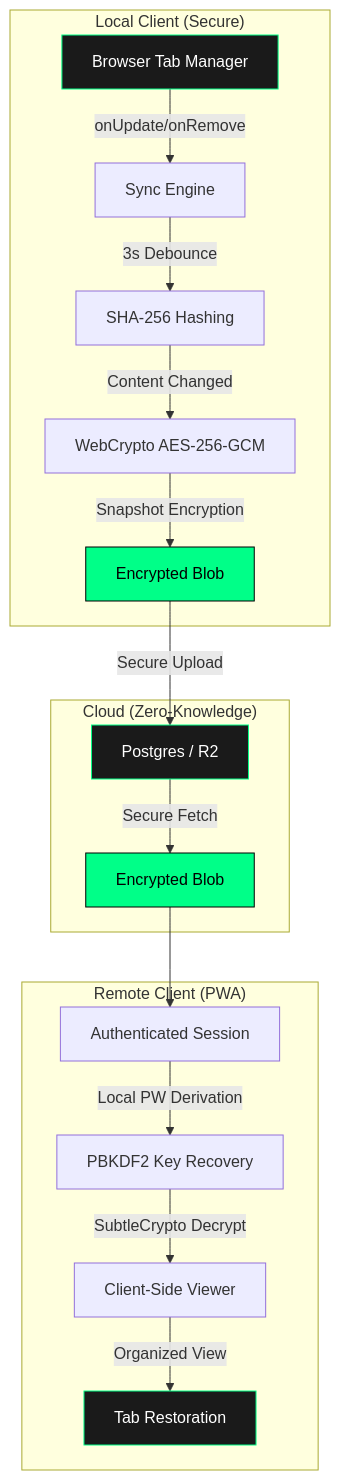
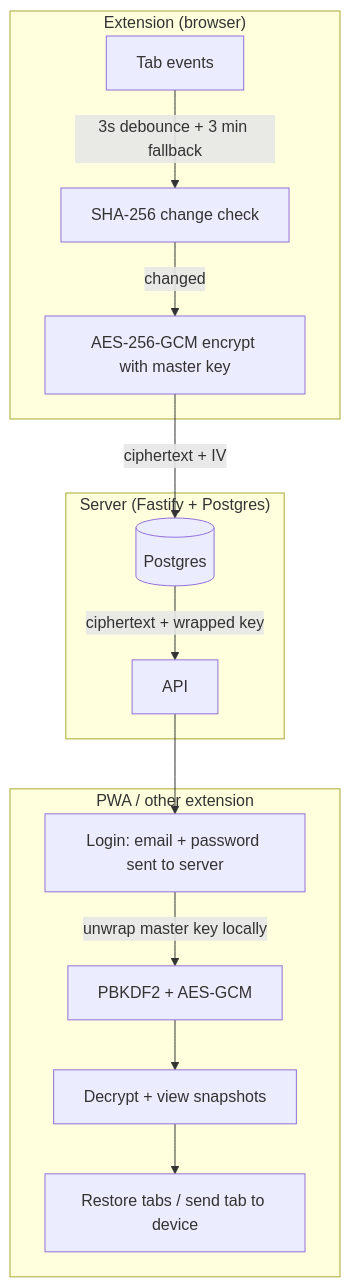
The diagram in README.md (Ujjwaljain16/VaultTabs), drawn with Mermaid before and after one commit. The commit also changed other lines of this file and 46 other files, not shown here.

First line of the commit message:
security: correct zero-knowledge claims, fix authz/JWT/CORS/docker, remove committed certs

````diff
--- a/README.md
+++ b/README.md
@@ -41,27 +48,19 @@
 ```mermaid
 graph TB
-    subgraph "Local Client (Secure)"
-        A[Browser Tab Manager] -->|onUpdate/onRemove| B[Sync Engine]
-        B -->|3s Debounce| C[SHA-256 Hashing]
-        C -->|Content Changed| D[WebCrypto AES-256-GCM]
-        D -->|Snapshot Encryption| E[Encrypted Blob]
+    subgraph "Extension (browser)"
+        A[Tab events] -->|3s debounce + 3 min fallback| B[SHA-256 change check]
+        B -->|changed| C[AES-256-GCM encrypt with master key]
     end
 
-    subgraph "Cloud (Zero-Knowledge)"
-        E -->|Secure Upload| F[Postgres / R2]
-        F -->|Secure Fetch| G[Encrypted Blob]
+    subgraph "Server (Fastify + Postgres)"
+        C -->|ciphertext + IV| F[(Postgres)]
+        F -->|ciphertext + wrapped key| G[API]
     end
 
-    subgraph "Remote Client (PWA)"
-        G --> H[Authenticated Session]
-        H -->|Local PW Derivation| I[PBKDF2 Key Recovery]
-        I -->|SubtleCrypto Decrypt| J[Client-Side Viewer]
-        J -->|Organized View| K[Tab Restoration]
+    subgraph "PWA / other extension"
+        G --> H[Login: email + password sent to server]
+        H -->|unwrap master key locally| I[PBKDF2 + AES-GCM]
+        I --> J[Decrypt + view snapshots]
+        J --> K[Restore tabs / send tab to device]
     end
-    
-    style A fill:#1a1a1a,stroke:#00FF88,color:#fff
-    style E fill:#00FF88,stroke:#000,color:#000
-    style F fill:#1a1a1a,stroke:#00FF88,color:#fff
-    style G fill:#00FF88,stroke:#000,color:#000
-    style K fill:#1a1a1a,stroke:#00FF88,color:#fff
 ```
````
